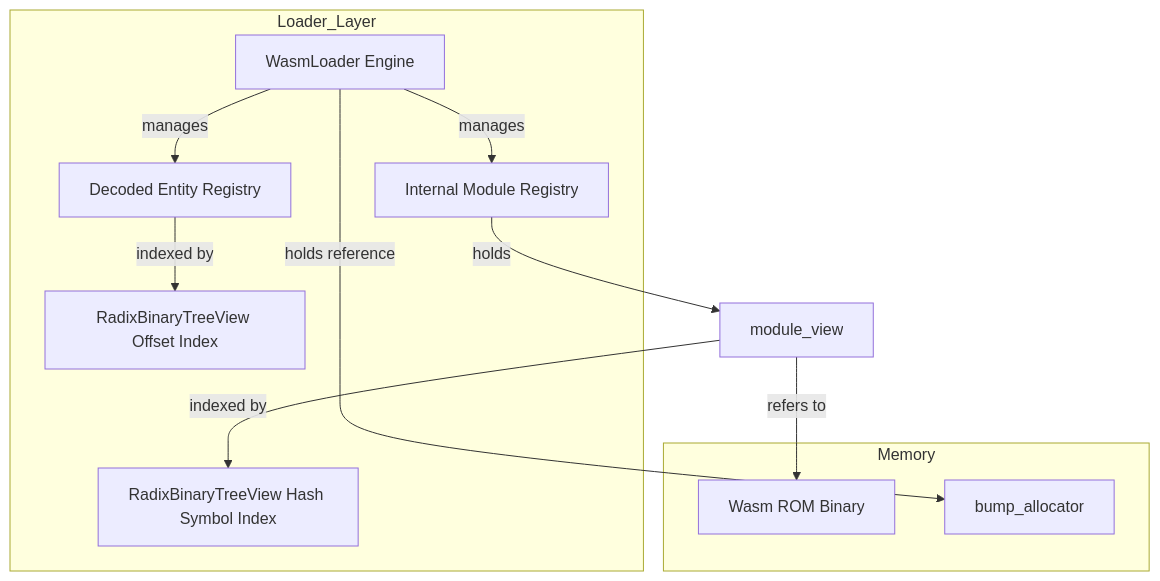
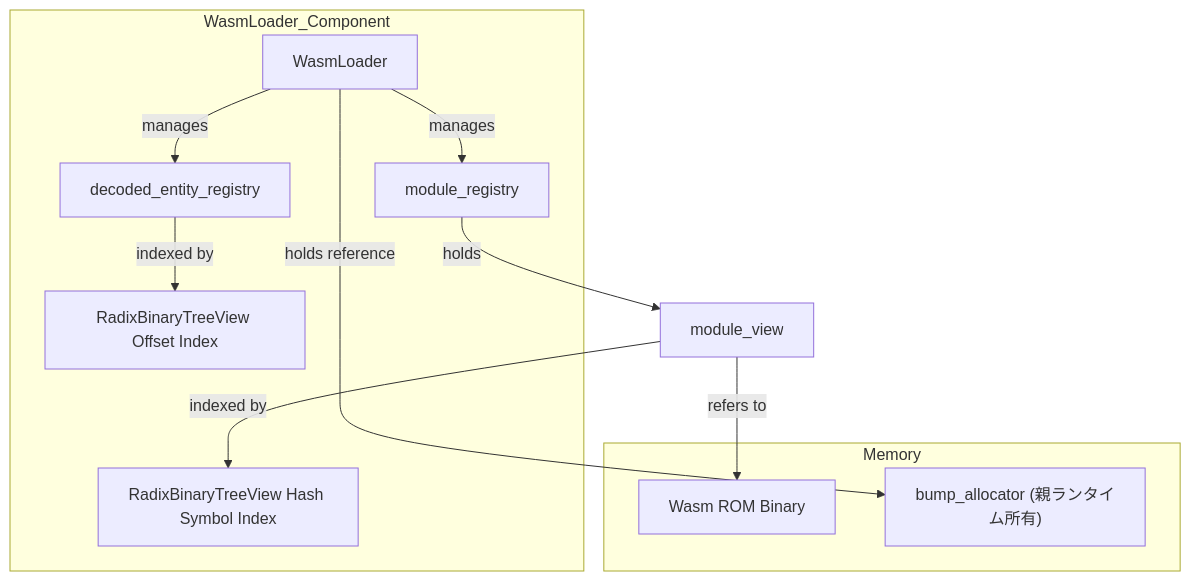
Before and after one commit to kmt-t/fireball: the first of 5 diagrams in docs/components/tier2_runtime/runtime_loader.md, drawn with Mermaid. The commit also changed other lines of this file and 6 other files, not shown here.

Commit message:
docs: specify OneRuntimeOneGuest and Runtime_BumpAllocator architecture

````diff
--- a/docs/components/tier2_runtime/runtime_loader.md
+++ b/docs/components/tier2_runtime/runtime_loader.md
@@ -34,23 +38,23 @@
 ```mermaid
 graph TD
-    subgraph Loader_Layer
-        Loader[WasmLoader Engine]
-        Registry[Internal Module Registry]
-        EntityReg[Decoded Entity Registry]
+    subgraph WasmLoader_Component
+        Loader[WasmLoader]
+        Registry[module_registry]
+        EntityReg[decoded_entity_registry]
         RadixTree[RadixBinaryTreeView Offset Index]
         SymbolTree[RadixBinaryTreeView Hash Symbol Index]
     end
 
     subgraph Memory
         ROM[Wasm ROM Binary]
-        Alloc[bump_allocator]
+        Alloc["bump_allocator (親ランタイム所有)"]
     end
 
     Loader -- holds reference --> Alloc
     Loader -- manages --> Registry
     Loader -- manages --> EntityReg
     EntityReg -- indexed by --> RadixTree
     Registry -- holds --> View[module_view]
     View -- indexed by --> SymbolTree
     View -- refers to --> ROM
 ```
````
